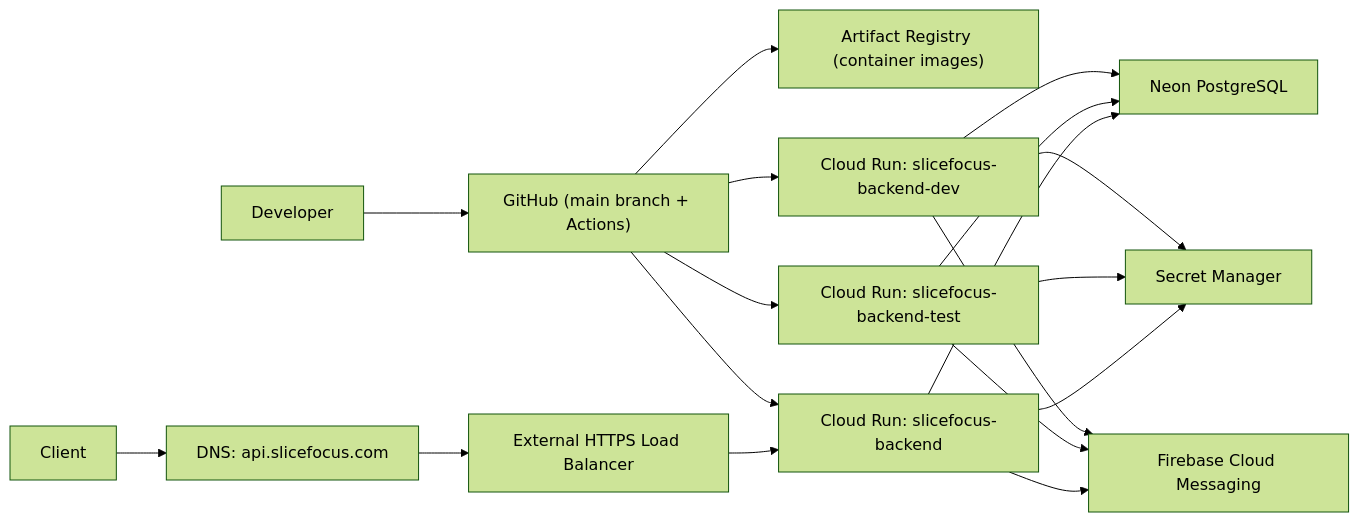
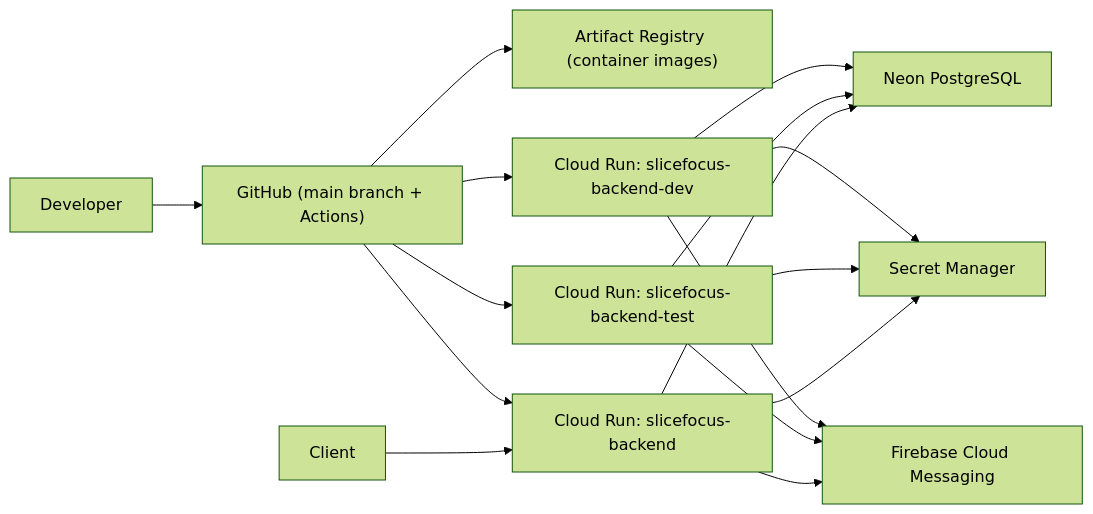
Before and after one commit to AnunnakiCosmoCrew/slicefocus-docs: the diagram in docs/architecture.md, drawn with Mermaid (forest theme). The commit also changed other lines of this file, not shown here.

Commit message:
MER-429 docs(architecture): the api.slicefocus.com load balancer is retired; the app calls the Cloud Run URL

````diff
--- a/docs/architecture.md
+++ b/docs/architecture.md
@@ -8,20 +8,18 @@
 ```mermaid
 flowchart LR
   Dev["Developer"] --> GitHub["GitHub (main branch + Actions)"]
   GitHub --> AR["Artifact Registry (container images)"]
   GitHub --> CRDev["Cloud Run: slicefocus-backend-dev"]
   GitHub --> CRTest["Cloud Run: slicefocus-backend-test"]
   GitHub --> CRProd["Cloud Run: slicefocus-backend"]
-  User["Client"] --> DNS["DNS: api.slicefocus.com"]
-  DNS --> LB["External HTTPS Load Balancer"]
-  LB --> CRProd
+  User["Client"] --> CRProd
   CRDev --> Neon["Neon PostgreSQL"]
   CRTest --> Neon
   CRProd --> Neon
   CRDev --> SM["Secret Manager"]
   CRTest --> SM
   CRProd --> SM
   CRDev --> FCM["Firebase Cloud Messaging"]
   CRTest --> FCM
   CRProd --> FCM
 ```
````
